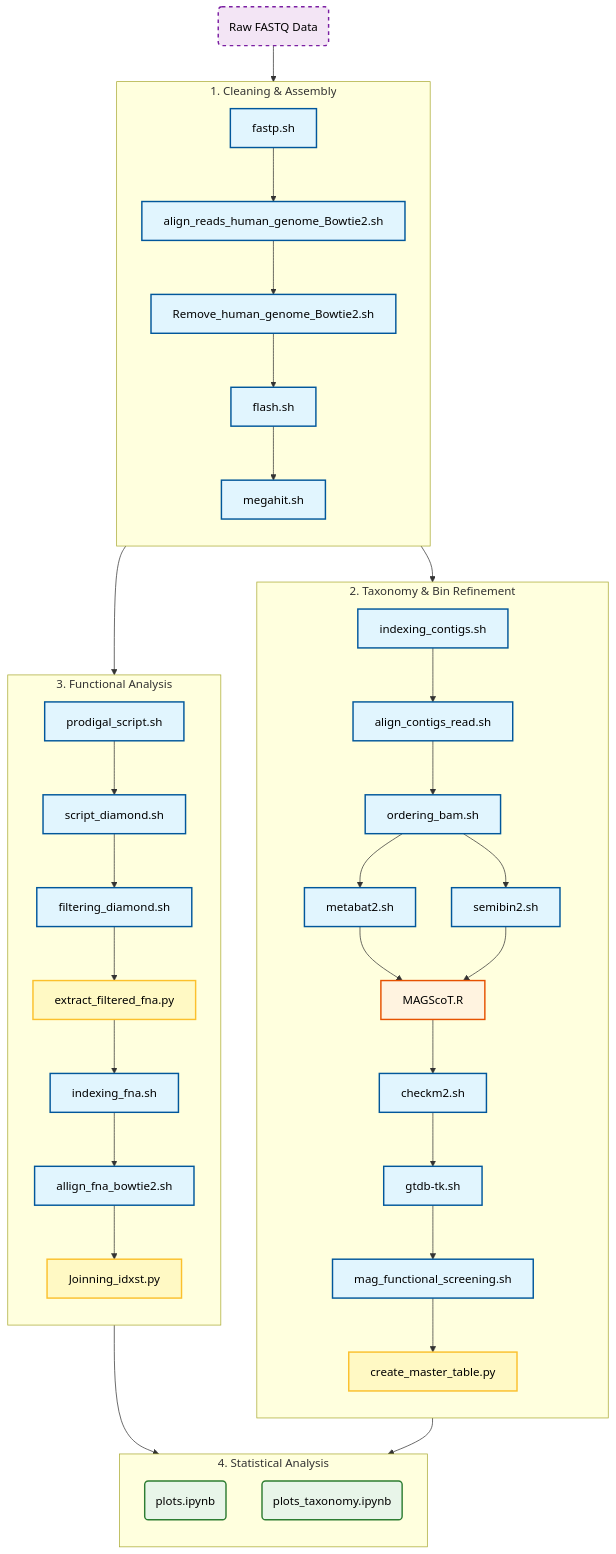
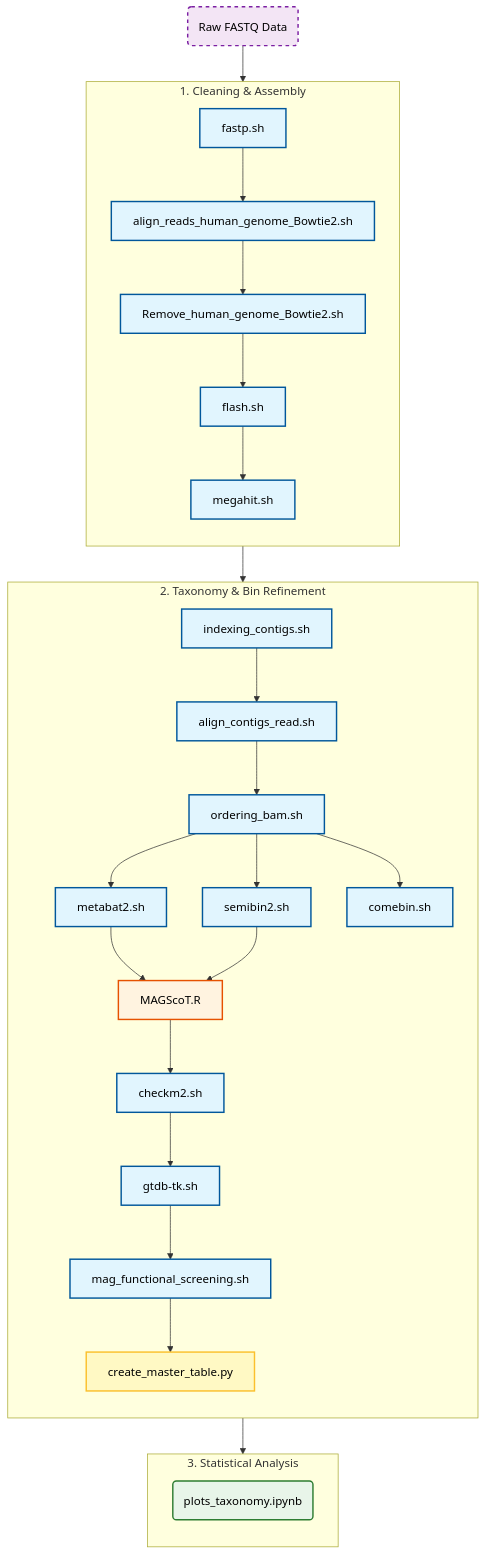
One commit to Marcosv21/Doc_project changed the diagram in README.md. Above: the diagram before and after it, drawn with Mermaid. The commit also changed other lines of this file, not shown here.

Commit message:
Update README.md to refine taxonomy analysis section and enhance statistical analysis workflow

````diff
--- a/README.md
+++ b/README.md
@@ -31,64 +27,50 @@
 ```mermaid
 graph TD
     %% Node Styles
     classDef shell fill:#e1f5fe,stroke:#01579b,stroke-width:2px,color:#000000;
     classDef python fill:#fff9c4,stroke:#fbc02d,stroke-width:2px,color:#000000;
     classDef ipynb fill:#e8f5e9,stroke:#2e7d32,stroke-width:2px,color:#000000;
     classDef start fill:#f3e5f5,stroke:#7b1fa2,stroke-width:2px,stroke-dasharray: 5 5,color:#000000;
     classDef refinement fill:#fff3e0,stroke:#e65100,stroke-width:2px,color:#000000;
 
     %% Start Node
     Input(Raw FASTQ Data):::start --> Clean1
 
     %% --- 1. CLEANING & ASSEMBLY ---
     subgraph Cleaning ["1. Cleaning & Assembly"]
         direction TB
         Clean1[fastp.sh]:::shell --> Clean2[align_reads_human_genome_Bowtie2.sh]:::shell
         Clean2 --> Clean3[Remove_human_genome_Bowtie2.sh]:::shell
         Clean3 --> Clean4[flash.sh]:::shell
         Clean4 --> Clean5[megahit.sh]:::shell
     end
 
-    %% Fork
-    Clean5 --> Func1
+    %% --- 2. TAXONOMY & BIN REFINEMENT ---
     Clean5 --> Tax1
 
-    %% --- 2. TAXONOMY & BIN REFINEMENT ---
     subgraph Taxonomy ["2. Taxonomy & Bin Refinement"]
         direction TB
         Tax1[indexing_contigs.sh]:::shell --> Tax2[align_contigs_read.sh]:::shell
         Tax2 --> Tax3[ordering_bam.sh]:::shell
         
         %% Multi-Binning
         Tax3 --> Bin1[metabat2.sh]:::shell
         Tax3 --> Bin2[semibin2.sh]:::shell
+        Tax3 --> Bin3[comebin.sh]:::shell        
         
         %% Refinement
         Bin1 --> Refine[MAGScoT.R]:::refinement
         Bin2 --> Refine
         
         Refine --> Tax5[checkm2.sh]:::shell
         Tax5 --> Tax7[gtdb-tk.sh]:::shell
         Tax7 --> Tax8[mag_functional_screening.sh]:::shell
         Tax8 --> Tax9[create_master_table.py]:::python
     end
-
-    %% --- 3. FUNCTIONAL ANALYSIS ---
-    subgraph Functional ["3. Functional Analysis"]
+    
+    %% --- 3. STATISTICAL ANALYSIS ---
+    subgraph Stats ["3. Statistical Analysis"]
         direction TB
-        Func1[prodigal_script.sh]:::shell --> Func2[script_diamond.sh]:::shell
-        Func2 --> Func3[filtering_diamond.sh]:::shell
-        Func3 --> Func4[extract_filtered_fna.py]:::python
-        Func4 --> Func5[indexing_fna.sh]:::shell
-        Func5 --> Func6[allign_fna_bowtie2.sh]:::shell
-        Func6 --> Func7[Joinning_idxst.py]:::python
+        Tax9 --> Stat1(plots_taxonomy.ipynb):::ipynb
     end
-
-    %% --- 4. STATISTICAL ANALYSIS ---
-    subgraph Stats ["4. Statistical Analysis"]
-        direction TB
-        Func7 --> Stat1(plots.ipynb):::ipynb
-        Tax9 --> Stat2(plots_taxonomy.ipynb):::ipynb
-    end
-
 ```
````
